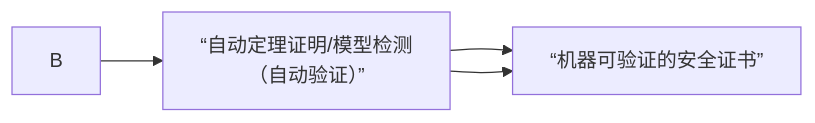
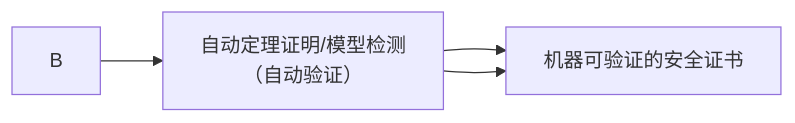
One commit to yeasy/ai_security_guide changed the first of 2 diagrams in 11_governance/11.5_future.md. Above: the diagram before and after it, drawn with Mermaid. The commit also changed other lines of this file and 4 other files, not shown here.

First line of the commit message:
修复 Mermaid 弯引号和标题层级问题

````diff
--- a/11_governance/11.5_future.md
+++ b/11_governance/11.5_future.md
@@ -18,6 +18,6 @@
 ```mermaid
 flowchart LR
     C --> D["机器可验证的安全证书"]
-    B --> C[“自动定理证明/模型检测<br/>（自动验证）”]
-    C --> D[“机器可验证的安全证书”]
+    B --> C["自动定理证明/模型检测<br/>（自动验证）"]
+    C --> D["机器可验证的安全证书"]
 ```
````
